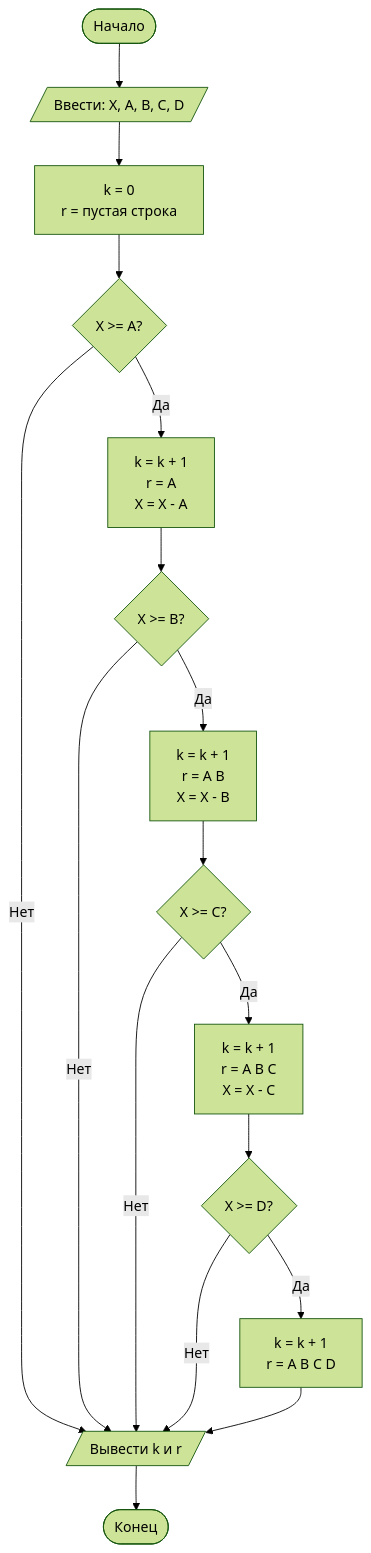
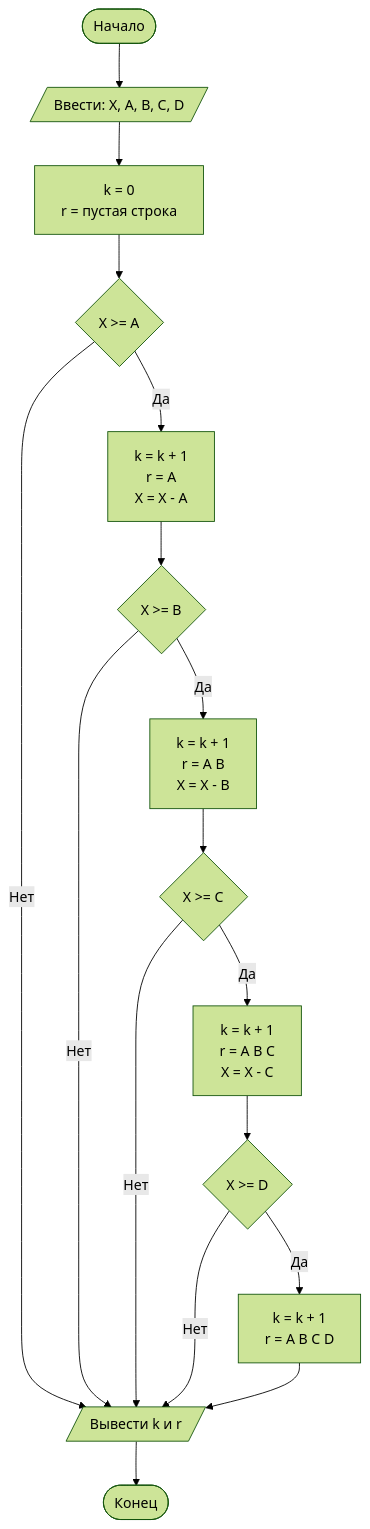
Before and after one commit to pilsikovairina2-stack/lab1: the diagram in README.md, drawn with Mermaid (forest theme). The commit also changed other lines of this file, not shown here.

````diff
--- a/README.md
+++ b/README.md
@@ -182,24 +153,24 @@
 ```mermaid
 flowchart TD
     A([Начало]) --> B[/Ввести: X, A, B, C, D/]
     B --> C[k = 0<br/>r = пустая строка]
     
-    C --> D{X >= A?}
+    C --> D{X >= A}
     D -- Нет --> Z[/Вывести k и r/]
     D -- Да --> E[k = k + 1<br/>r = A<br/>X = X - A]
     
-    E --> F{X >= B?}
+    E --> F{X >= B}
     F -- Нет --> Z
     F -- Да --> G[k = k + 1<br/>r = A B<br/>X = X - B]
     
-    G --> H{X >= C?}
+    G --> H{X >= C}
     H -- Нет --> Z
     H -- Да --> I[k = k + 1<br/>r = A B C<br/>X = X - C]
     
-    I --> J{X >= D?}
+    I --> J{X >= D}
     J -- Нет --> Z
     J -- Да --> K[k = k + 1<br/>r = A B C D]
     
     K --> Z
     Z --> L([Конец])
 ```
````
